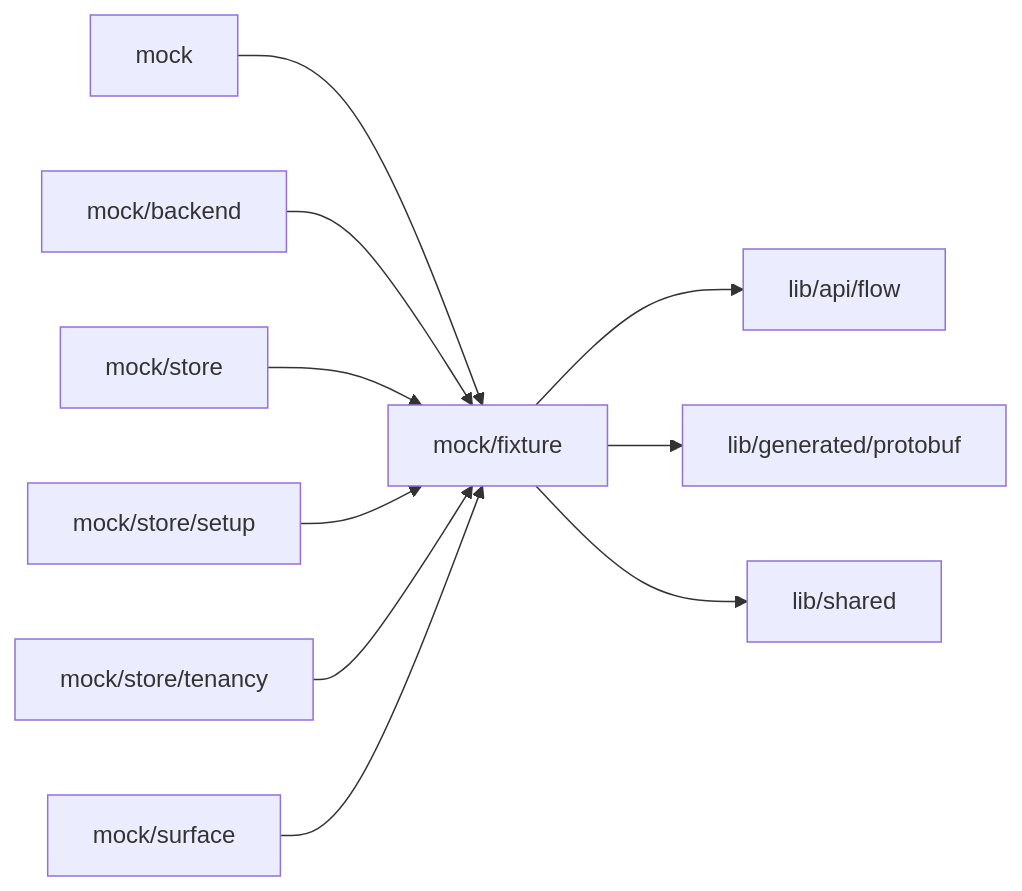
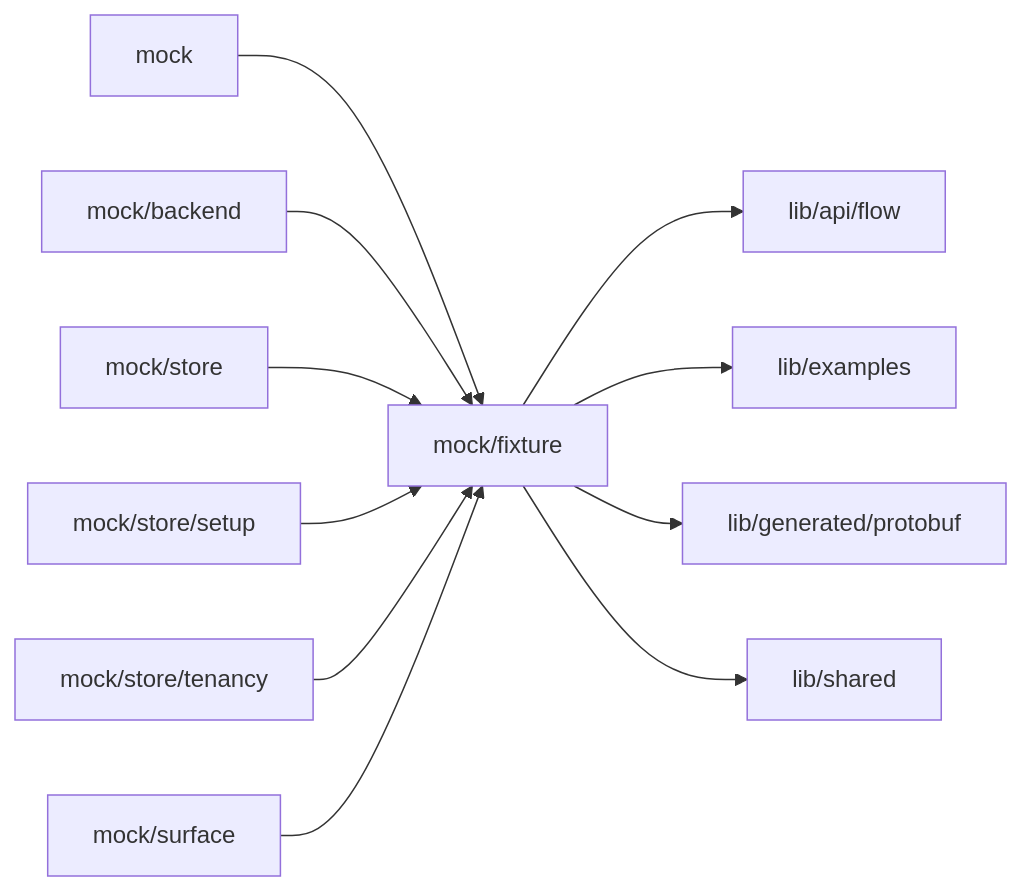
One commit to superdurable/superverse changed the diagram in web/studio/mock/fixture/README.md. Above: the diagram before and after it, drawn with Mermaid. The commit also changed other lines of this file and 126 other files, not shown here.

````diff
--- a/web/studio/mock/fixture/README.md
+++ b/web/studio/mock/fixture/README.md
@@ -10,13 +10,14 @@
 ```mermaid
 flowchart LR
   self["mock/fixture"]
   c0["mock"] --> self
   c1["mock/backend"] --> self
   c2["mock/store"] --> self
   c3["mock/store/setup"] --> self
   c4["mock/store/tenancy"] --> self
   c5["mock/surface"] --> self
   self --> d0["lib/api/flow"]
-  self --> d1["lib/generated/protobuf"]
-  self --> d2["lib/shared"]
+  self --> d1["lib/examples"]
+  self --> d2["lib/generated/protobuf"]
+  self --> d3["lib/shared"]
 ```
````
